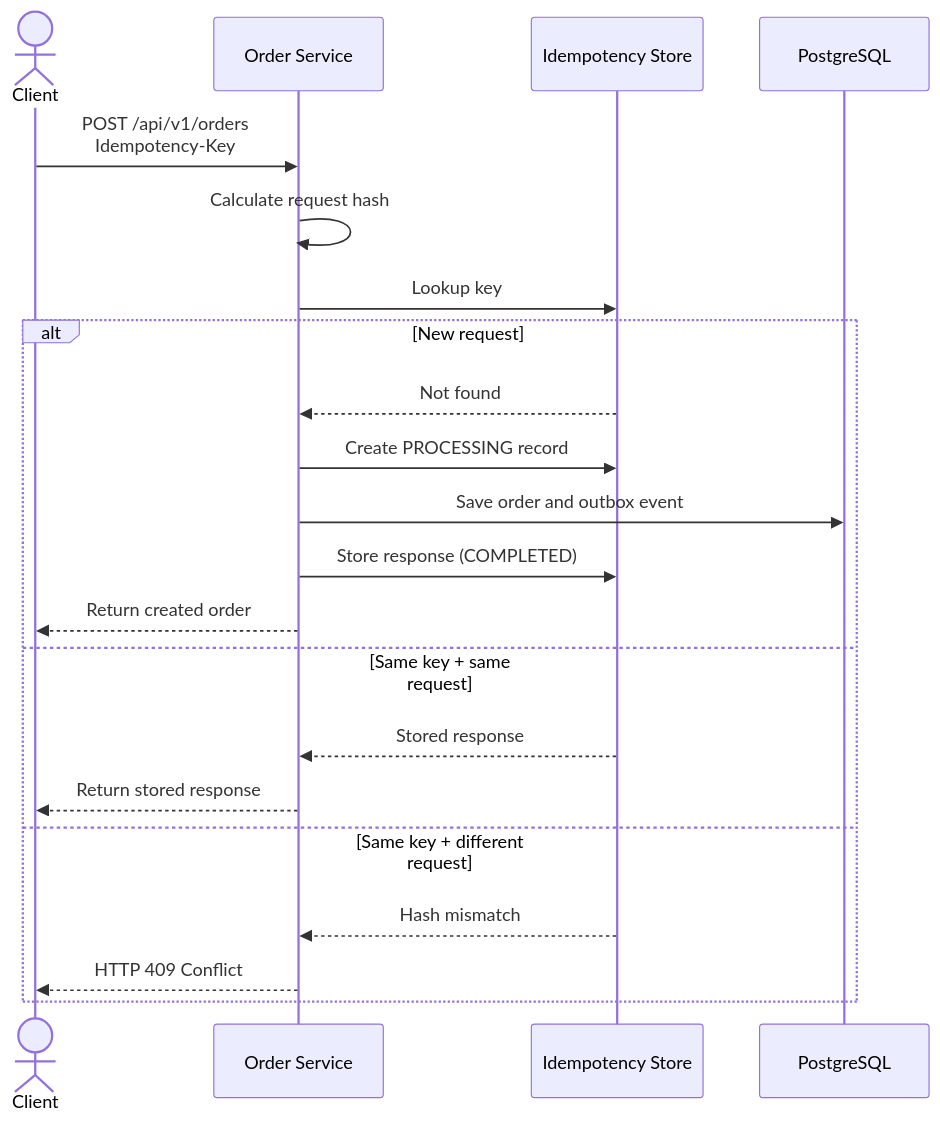
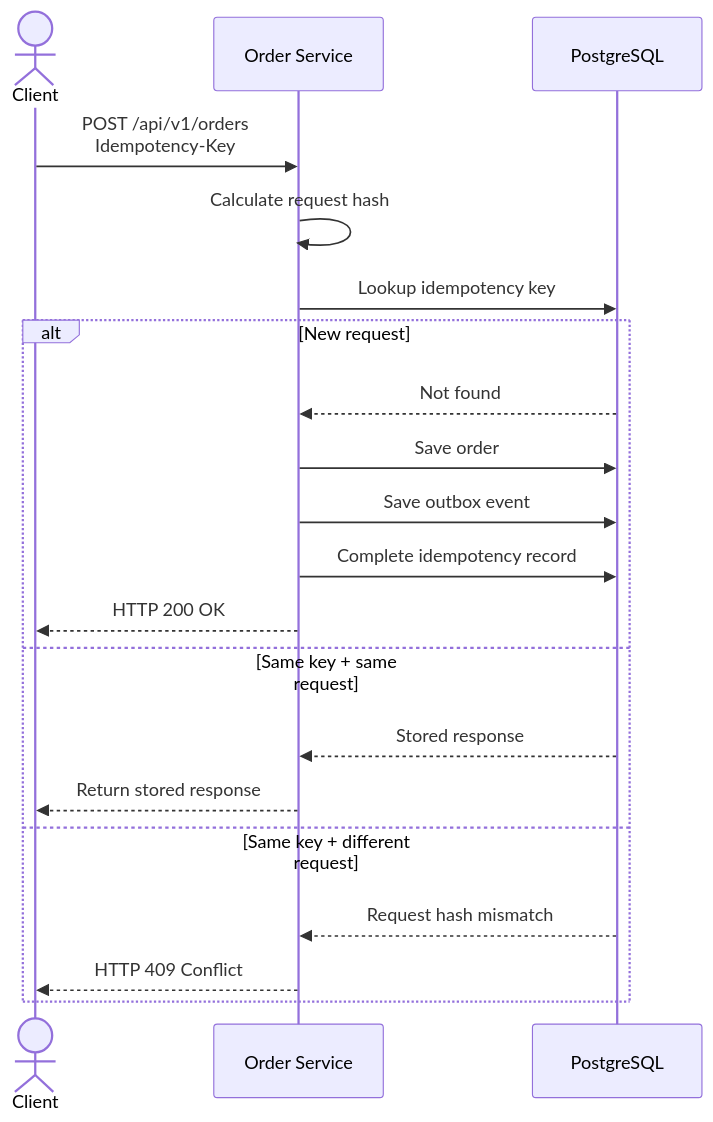
Before and after one commit to KHolodilin/spring-transactional-outbox-kafka: the third of 3 diagrams in README.md, drawn with Mermaid.

Commit message:
Align idempotency diagram with PostgreSQL storage

````diff
--- a/README.md
+++ b/README.md
@@ -133,28 +133,30 @@
 ```mermaid
 sequenceDiagram
     actor Client
     participant Service as Order Service
-    participant Idempotency as Idempotency Store
     participant DB as PostgreSQL
 
     Client->>Service: POST /api/v1/orders<br/>Idempotency-Key
 
     Service->>Service: Calculate request hash
-    Service->>Idempotency: Lookup key
+
+    Service->>DB: Lookup idempotency key
 
     alt New request
-        Idempotency-->>Service: Not found
-        Service->>Idempotency: Create PROCESSING record
-        Service->>DB: Save order and outbox event
-        Service->>Idempotency: Store response (COMPLETED)
-        Service-->>Client: Return created order
+        DB-->>Service: Not found
+
+        Service->>DB: Save order
+        Service->>DB: Save outbox event
+        Service->>DB: Complete idempotency record
+
+        Service-->>Client: HTTP 200 OK
 
     else Same key + same request
-        Idempotency-->>Service: Stored response
+        DB-->>Service: Stored response
         Service-->>Client: Return stored response
 
     else Same key + different request
-        Idempotency-->>Service: Hash mismatch
+        DB-->>Service: Request hash mismatch
         Service-->>Client: HTTP 409 Conflict
     end
 ```
````
